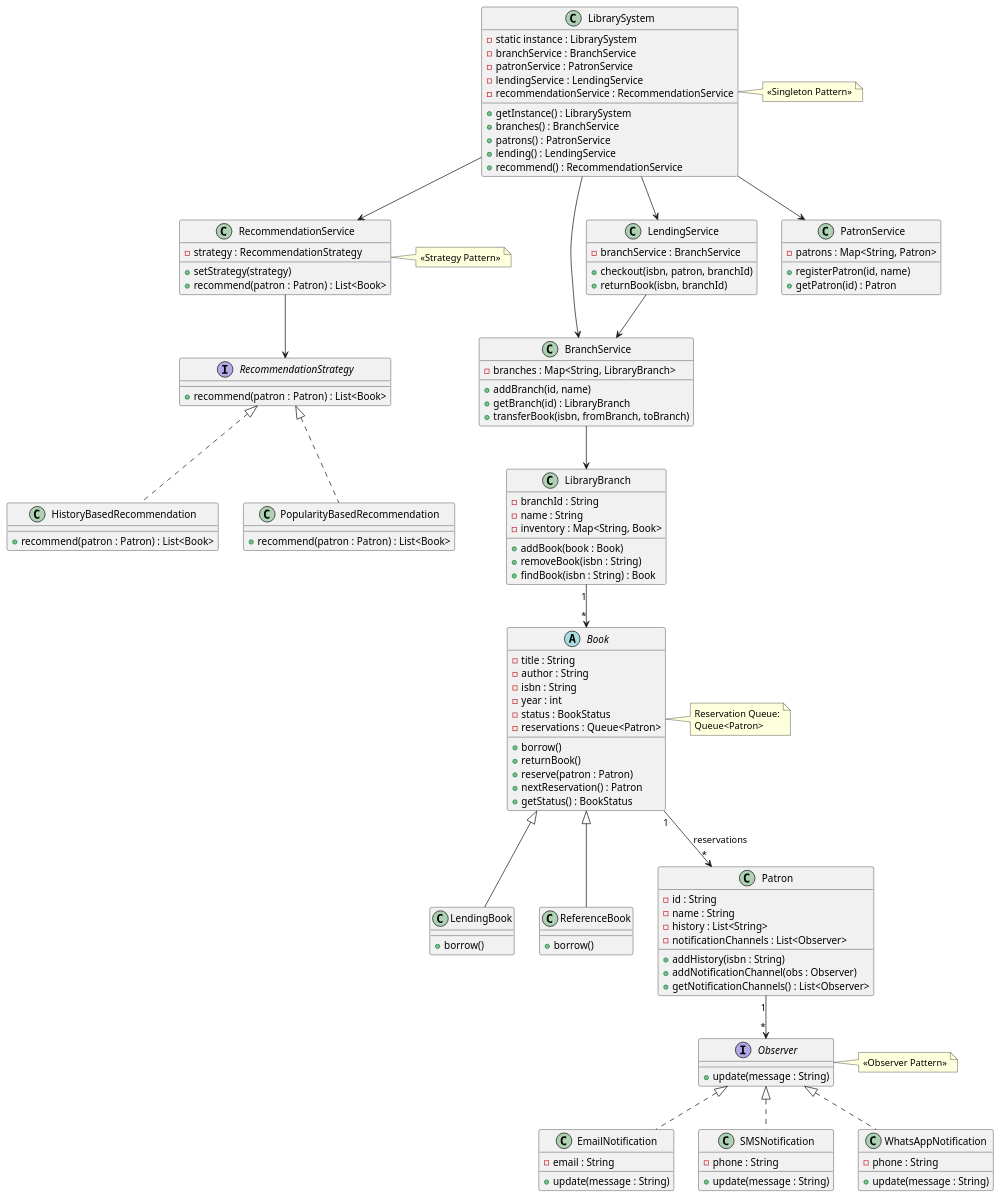
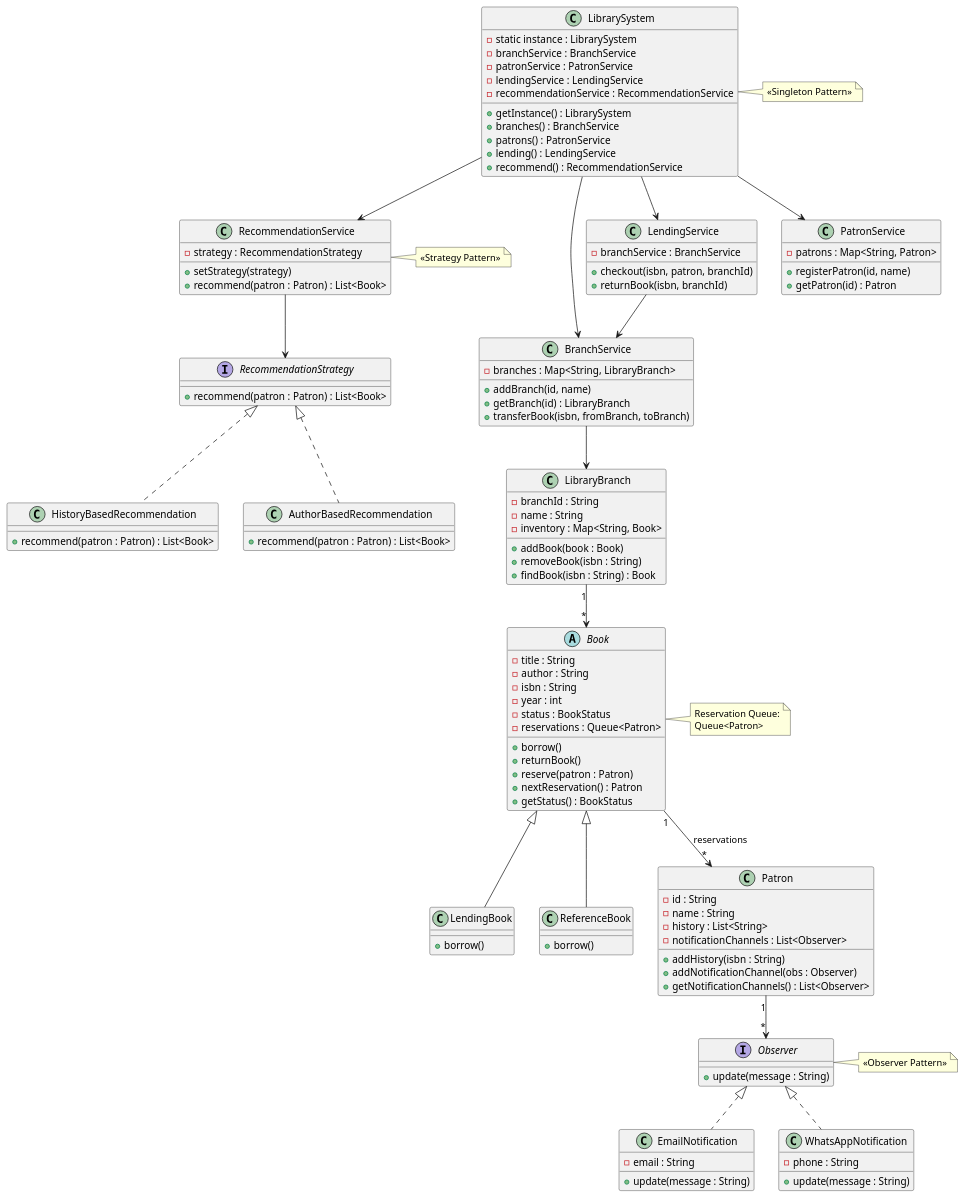
Before and after one commit to Subramanian1107/LibraryManagementSystem: the diagram in src/com/airtribe/libraryManagementSystem/docs/class-diagram.puml, drawn with PlantUML.

```diff
--- a/src/com/airtribe/libraryManagementSystem/docs/class-diagram.puml
+++ b/src/com/airtribe/libraryManagementSystem/docs/class-diagram.puml
@@ -1,185 +1,179 @@
 @startuml
 
 ' =========================
 ' Core System (Singleton)
 ' =========================
 class LibrarySystem {
   - static instance : LibrarySystem
   - branchService : BranchService
   - patronService : PatronService
   - lendingService : LendingService
   - recommendationService : RecommendationService
 
   + getInstance() : LibrarySystem
   + branches() : BranchService
   + patrons() : PatronService
   + lending() : LendingService
   + recommend() : RecommendationService
 }
 
 note right of LibrarySystem
 <<Singleton Pattern>>
 end note
 
 ' =========================
 ' Branch Management
 ' =========================
 class BranchService {
   - branches : Map<String, LibraryBranch>
 
   + addBranch(id, name)
   + getBranch(id) : LibraryBranch
   + transferBook(isbn, fromBranch, toBranch)
 }
 
 class LibraryBranch {
   - branchId : String
   - name : String
   - inventory : Map<String, Book>
 
   + addBook(book : Book)
   + removeBook(isbn : String)
   + findBook(isbn : String) : Book
 }
 
 ' =========================
 ' Book Hierarchy
 ' =========================
 abstract class Book {
   - title : String
   - author : String
   - isbn : String
   - year : int
   - status : BookStatus
   - reservations : Queue<Patron>
 
   + borrow()
   + returnBook()
   + reserve(patron : Patron)
   + nextReservation() : Patron
   + getStatus() : BookStatus
 }
 
 class LendingBook {
   + borrow()
 }
 
 class ReferenceBook {
   + borrow()
 }
 
 Book <|-- LendingBook
 Book <|-- ReferenceBook
 
 note right of Book
 Reservation Queue:
 Queue<Patron>
 end note
 
 ' =========================
 ' Patron
 ' =========================
 class Patron {
   - id : String
   - name : String
   - history : List<String>
   - notificationChannels : List<Observer>
 
   + addHistory(isbn : String)
   + addNotificationChannel(obs : Observer)
   + getNotificationChannels() : List<Observer>
 }
 
 ' =========================
 ' Observer Pattern
 ' =========================
 interface Observer {
   + update(message : String)
 }
 
 class EmailNotification {
   - email : String
   + update(message : String)
 }
 
-class SMSNotification {
-  - phone : String
-  + update(message : String)
-}
-
 class WhatsAppNotification {
   - phone : String
   + update(message : String)
 }
 
 Observer <|.. EmailNotification
-Observer <|.. SMSNotification
 Observer <|.. WhatsAppNotification
 
 note right of Observer
 <<Observer Pattern>>
 end note
 
 ' =========================
 ' Recommendation (Strategy)
 ' =========================
 interface RecommendationStrategy {
   + recommend(patron : Patron) : List<Book>
 }
 
 class HistoryBasedRecommendation {
   + recommend(patron : Patron) : List<Book>
 }
 
-class PopularityBasedRecommendation {
+class AuthorBasedRecommendation {
   + recommend(patron : Patron) : List<Book>
 }
 
 RecommendationStrategy <|.. HistoryBasedRecommendation
-RecommendationStrategy <|.. PopularityBasedRecommendation
+RecommendationStrategy <|.. AuthorBasedRecommendation
 
 class RecommendationService {
   - strategy : RecommendationStrategy
 
   + setStrategy(strategy)
   + recommend(patron : Patron) : List<Book>
 }
 
 note right of RecommendationService
 <<Strategy Pattern>>
 end note
 
 ' =========================
 ' Lending Service
 ' =========================
 class LendingService {
   - branchService : BranchService
 
   + checkout(isbn, patron, branchId)
   + returnBook(isbn, branchId)
 }
 
 class PatronService {
   - patrons : Map<String, Patron>
 
   + registerPatron(id, name)
   + getPatron(id) : Patron
 }
 
 ' =========================
 ' Relationships
 ' =========================
 LibrarySystem --> BranchService
 LibrarySystem --> PatronService
 LibrarySystem --> LendingService
 LibrarySystem --> RecommendationService
 
 BranchService --> LibraryBranch
 LibraryBranch "1" --> "*" Book
 Book "1" --> "*" Patron : reservations
 Patron "1" --> "*" Observer
 
 LendingService --> BranchService
 RecommendationService --> RecommendationStrategy
 
 @enduml
```
